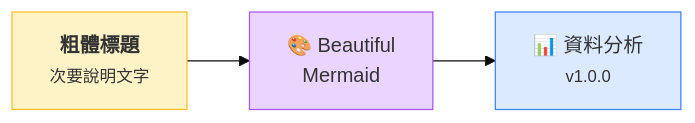
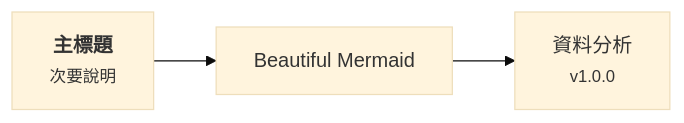
Before and after one commit to fredrick84823/fstack: the ninth of 28 diagrams in skills/beautiful-mermaid/references/diagram-types.md, drawn with Mermaid (base theme). The commit also changed other lines of this file and 23 other files, not shown here.

````diff
--- a/skills/beautiful-mermaid/references/diagram-types.md
+++ b/skills/beautiful-mermaid/references/diagram-types.md
@@ -178,12 +178,8 @@
 ```mermaid
 graph LR
-    A["<b>粗體標題</b><br/><small>次要說明文字</small>"]
-    B["🎨 Beautiful<br/>Mermaid"]
-    C["📊 資料分析<br/><small>v1.0.0</small>"]
+    A["<b>主標題</b><br/><small>次要說明</small>"]
+    B[Beautiful Mermaid]
+    C["資料分析<br/><small>v1.0.0</small>"]
 
     A --> B --> C
-
-    style A fill:#fef3c7,stroke:#fbbf24
-    style B fill:#e9d5ff,stroke:#a855f7
-    style C fill:#dbeafe,stroke:#3b82f6
 ```
````
